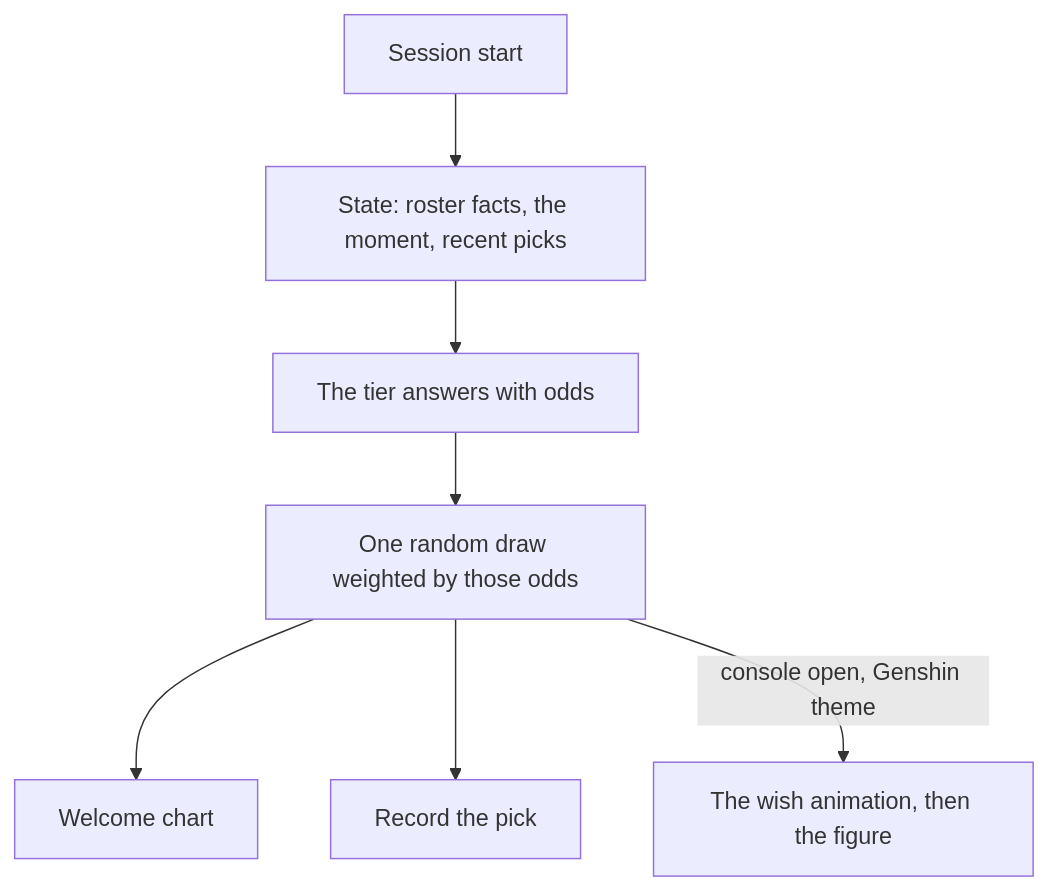
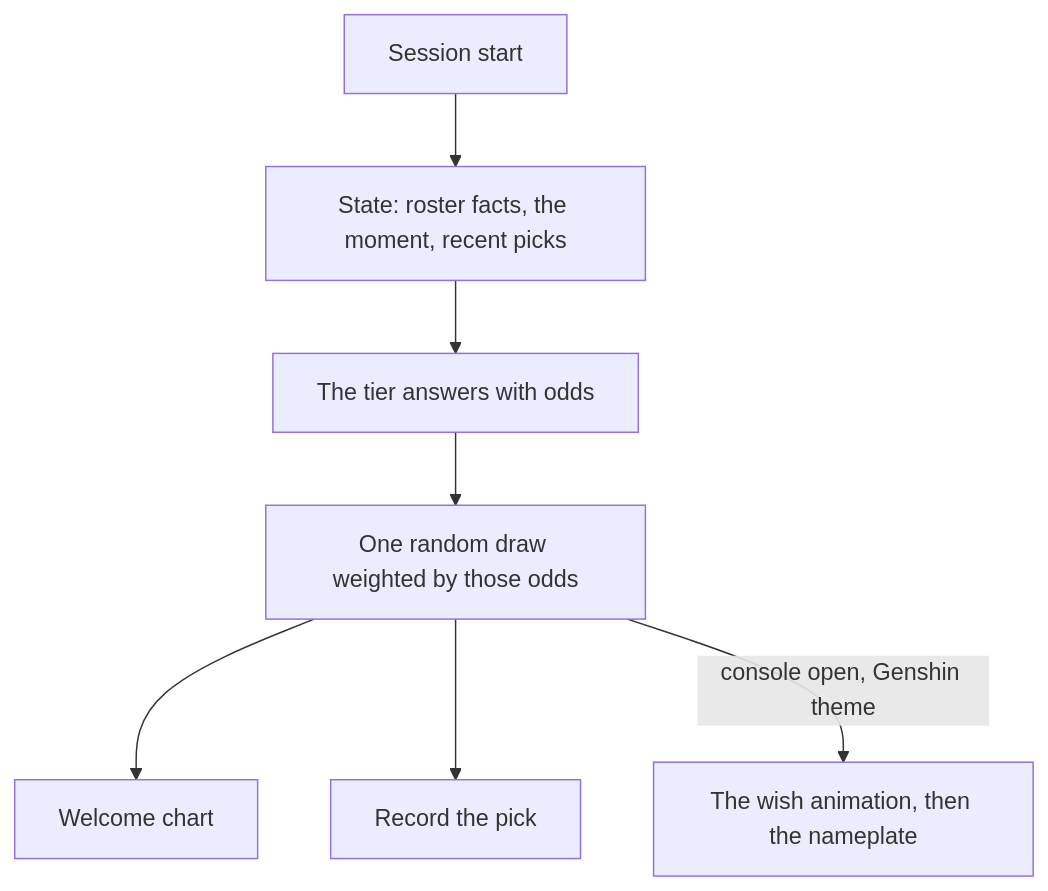
The diagram in apps/web/content/docs/proposals/infra/agent-console/wish-banner.md (Esposter/Esposter), drawn with Mermaid before and after one commit. The commit also changed other lines of this file and 134 other files, not shown here.

````diff
--- a/apps/web/content/docs/proposals/infra/agent-console/wish-banner.md
+++ b/apps/web/content/docs/proposals/infra/agent-console/wish-banner.md
@@ -23,9 +23,9 @@
 ```mermaid
 flowchart TD
   S[Session start] --> ST[State: roster facts, the moment, recent picks]
   ST --> T[The tier answers with odds]
   T --> D[One random draw weighted by those odds]
   D --> W[Welcome chart]
   D --> R[Record the pick]
-  D -->|console open, Genshin theme| A[The wish animation, then the figure]
+  D -->|console open, Genshin theme| A[The wish animation, then the nameplate]
 ```
````
